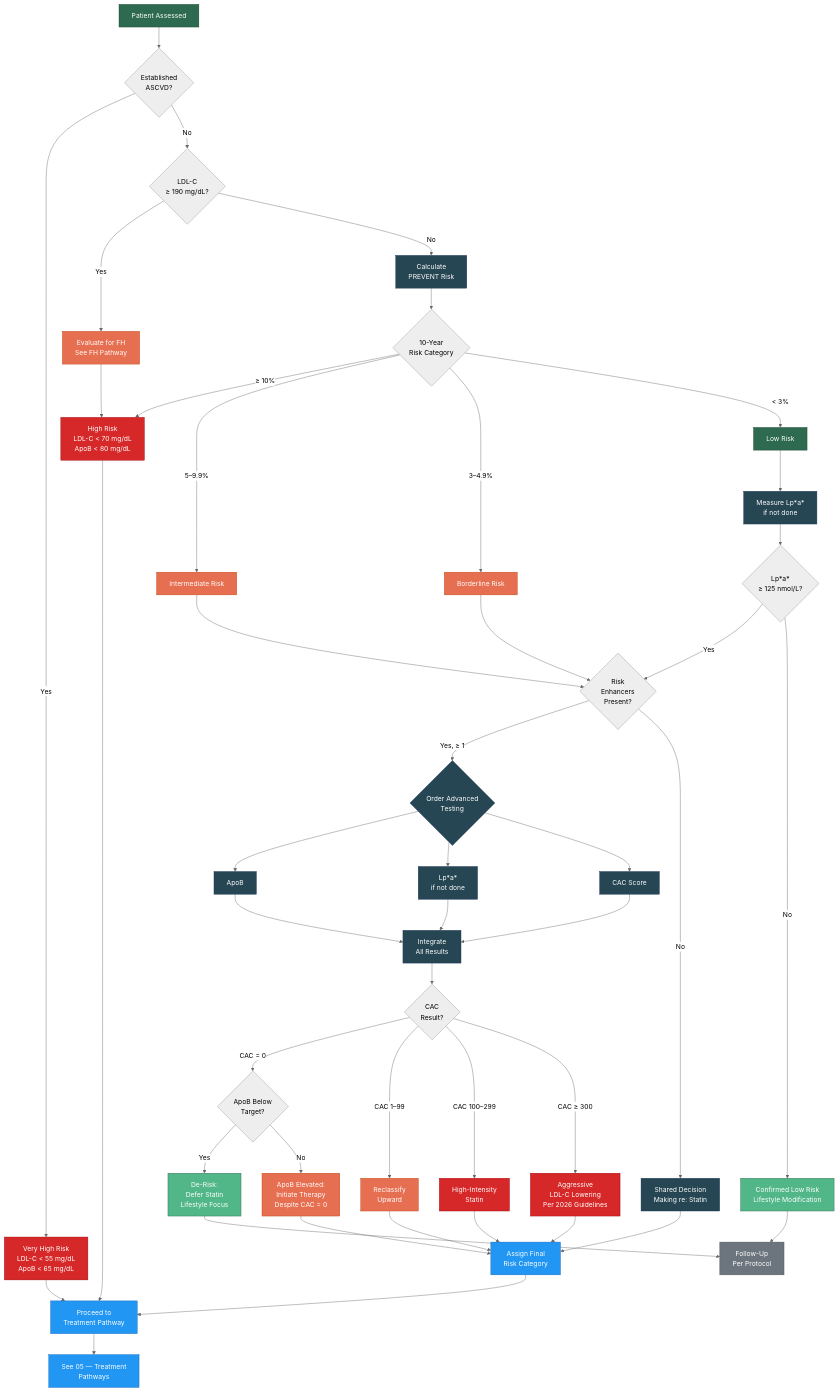
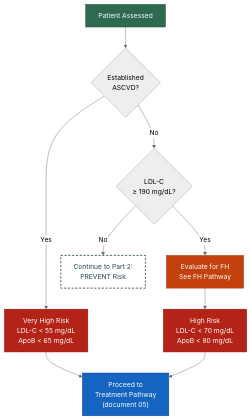
One commit to gkoromia/sandusky-dyslipidemia-model changed the first of 6 diagrams in docs/workflows/risk-stratification-flow.md. Above: the diagram before and after it, drawn with Mermaid (neutral theme). The commit also changed other lines of this file and 9 other files, not shown here.

First line of the commit message:
Make workflow diagrams readable and polish site navigation

````diff
--- a/docs/workflows/risk-stratification-flow.md
+++ b/docs/workflows/risk-stratification-flow.md
@@ -16,69 +22,22 @@
 ```mermaid
 flowchart TD
-    classDef entry fill:#2d6a4f,stroke:#1b4332,color:#ffffff
-    classDef assess fill:#264653,stroke:#1d3557,color:#ffffff
-    classDef caution fill:#e76f51,stroke:#c1440e,color:#ffffff
-    classDef urgent fill:#d62828,stroke:#9d0208,color:#ffffff
-    classDef admin fill:#6c757d,stroke:#495057,color:#ffffff
-    classDef outcome fill:#2196F3,stroke:#1565C0,color:#ffffff
-    classDef derisk fill:#52b788,stroke:#2d6a4f,color:#ffffff
+    classDef entry fill:#2d6a4f,stroke:#1b4332,color:#fff
+    classDef assess fill:#264653,stroke:#16303a,color:#fff
+    classDef treat fill:#1565c0,stroke:#0d47a1,color:#fff
+    classDef caution fill:#c2410c,stroke:#9a3412,color:#fff
+    classDef urgent fill:#b42318,stroke:#7a1a12,color:#fff
+    classDef admin fill:#5f6770,stroke:#454c53,color:#fff
+    classDef link fill:#fff,stroke:#264653,stroke-width:2px,stroke-dasharray:5 4,color:#264653
 
-    START[Patient Assessed]:::entry --> ASCVD{Established\nASCVD?}
+    START[Patient Assessed]:::entry --> ASCVD{Established<br>ASCVD?}
 
-    ASCVD -->|Yes| VERYHIGH[Very High Risk\nLDL-C < 55 mg/dL\nApoB < 65 mg/dL]:::urgent
-    ASCVD -->|No| LDL190{LDL-C\n≥ 190 mg/dL?}
+    ASCVD -->|Yes| VERYHIGH["Very High Risk<br>LDL-C &lt; 55 mg/dL<br>ApoB &lt; 65 mg/dL"]:::urgent
+    ASCVD -->|No| LDL190{LDL-C<br>≥ 190 mg/dL?}
 
-    LDL190 -->|Yes| FHEVAL[Evaluate for FH\nSee FH Pathway]:::caution
-    FHEVAL --> HIGH[High Risk\nLDL-C < 70 mg/dL\nApoB < 80 mg/dL]:::urgent
-    LDL190 -->|No| PREVENT[Calculate\nPREVENT Risk]:::assess
+    LDL190 -->|Yes| FHEVAL[Evaluate for FH<br>See FH Pathway]:::caution
+    FHEVAL --> HIGH["High Risk<br>LDL-C &lt; 70 mg/dL<br>ApoB &lt; 80 mg/dL"]:::urgent
+    LDL190 -->|No| P2[Continue to Part 2:<br>PREVENT Risk]:::link
 
-    PREVENT --> RISKCAT{10-Year\nRisk Category}
-
-    RISKCAT -->|≥ 10%| HIGH
-    RISKCAT -->|5–9.9%| INTERMEDIATE[Intermediate Risk]:::caution
-    RISKCAT -->|3–4.9%| BORDERLINE[Borderline Risk]:::caution
-    RISKCAT -->|< 3%| LOW[Low Risk]:::entry
-
-    INTERMEDIATE --> ENHANCERS{Risk\nEnhancers\nPresent?}
-    BORDERLINE --> ENHANCERS
-
-    ENHANCERS -->|Yes, ≥ 1| ADVANCED{Order Advanced\nTesting}:::assess
-    ENHANCERS -->|No| SDM[Shared Decision\nMaking re: Statin]:::assess
-
-    ADVANCED --> APOB[ApoB]:::assess
-    ADVANCED --> LPA[Lp*a*\nif not done]:::assess
-    ADVANCED --> CAC[CAC Score]:::assess
-
-    APOB --> INTEGRATE[Integrate\nAll Results]:::assess
-    LPA --> INTEGRATE
-    CAC --> INTEGRATE
-
-    INTEGRATE --> CACRESULT{CAC\nResult?}
-
-    CACRESULT -->|CAC = 0| APOBCHECK{ApoB Below\nTarget?}
-    CACRESULT -->|CAC 1–99| UPINT[Reclassify\nUpward]:::caution
-    CACRESULT -->|CAC 100–299| HIGHMOD[High-Intensity\nStatin]:::urgent
-    CACRESULT -->|CAC ≥ 300| HIGHAGG[Aggressive\nLDL-C Lowering\nPer 2026 Guidelines]:::urgent
-
-    APOBCHECK -->|Yes| DERISK[De-Risk:\nDefer Statin\nLifestyle Focus]:::derisk
-    APOBCHECK -->|No| TREAT[ApoB Elevated:\nInitiate Therapy\nDespite CAC = 0]:::caution
-
-    UPINT --> FINALCAT[Assign Final\nRisk Category]:::outcome
-    HIGHMOD --> FINALCAT
-    HIGHAGG --> FINALCAT
-    TREAT --> FINALCAT
-    SDM --> FINALCAT
-
-    LOW --> LPA2[Measure Lp*a*\nif not done]:::assess
-    LPA2 --> LPARESULT{Lp*a*\n≥ 125 nmol/L?}
-    LPARESULT -->|Yes| ENHANCERS
-    LPARESULT -->|No| LOWFINAL[Confirmed Low Risk\nLifestyle Modification]:::derisk
-
-    VERYHIGH --> TX[Proceed to\nTreatment Pathway]:::outcome
+    VERYHIGH --> TX["Proceed to<br>Treatment Pathway<br>(document 05)"]:::treat
     HIGH --> TX
-    FINALCAT --> TX
-    DERISK --> FOLLOWUP[Follow-Up\nPer Protocol]:::admin
-    LOWFINAL --> FOLLOWUP
-
-    TX --> TXPATH["See 05 — Treatment\nPathways"]:::outcome
 ```
````
